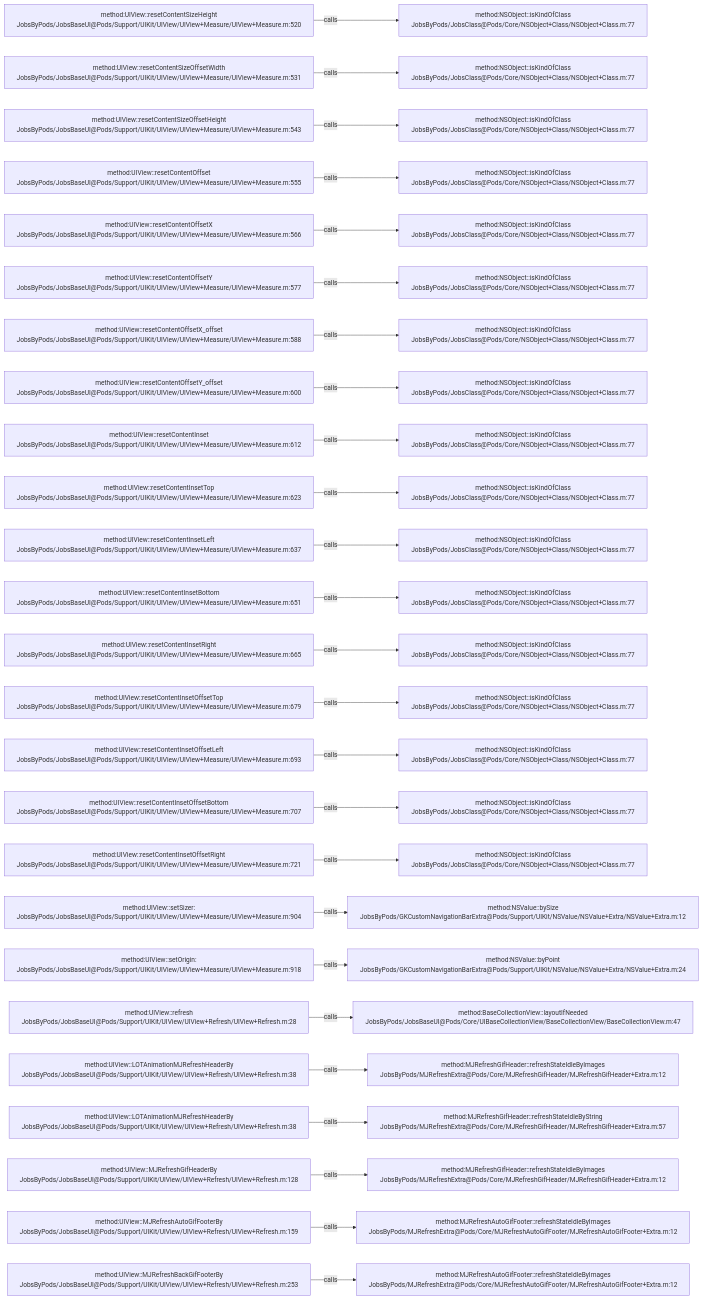
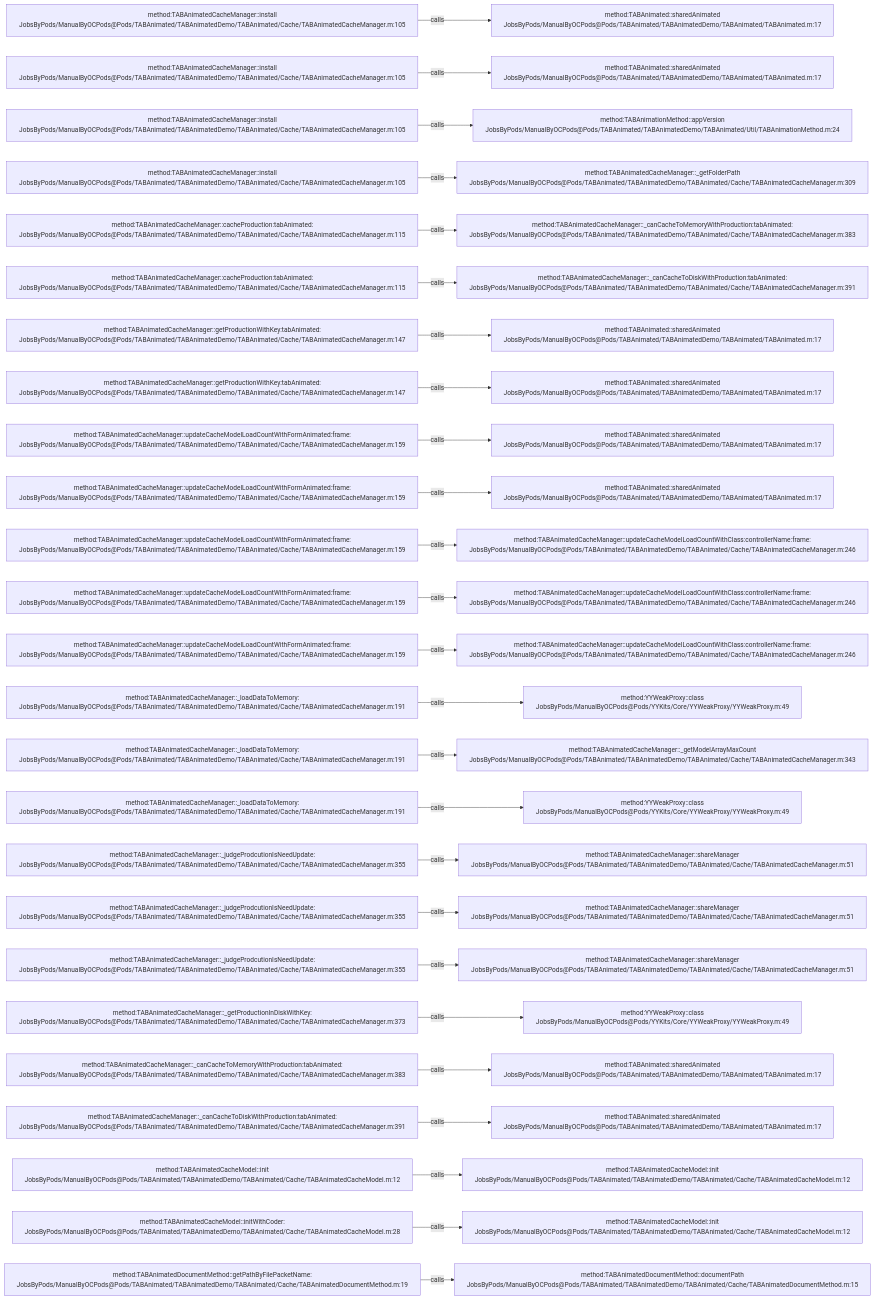
The diagram in .codegraph/codegraph.md/graphs/calls-028.md (JobsKits/JobsOCBaseConfigDemo), drawn with Mermaid before and after one commit. The commit also changed 2162 other files, not shown here.

````diff
--- a/.codegraph/codegraph.md/graphs/calls-028.md
+++ b/.codegraph/codegraph.md/graphs/calls-028.md
@@ -13,78 +13,78 @@
 ```mermaid
 flowchart LR
-  S1["method:UIView::resetContentSizeHeight<br/>JobsByPods/JobsBaseUI@Pods/Support/UIKit/UIView/UIView+Measure/UIView+Measure.m:520"]
-  T1["method:NSObject::isKindOfClass<br/>JobsByPods/JobsClass@Pods/Core/NSObject+Class/NSObject+Class.m:77"]
+  S1["method:TABAnimatedCacheManager::install<br/>JobsByPods/ManualByOCPods@Pods/TABAnimated/TABAnimatedDemo/TABAnimated/Cache/TABAnimatedCacheManager.m:105"]
+  T1["method:TABAnimated::sharedAnimated<br/>JobsByPods/ManualByOCPods@Pods/TABAnimated/TABAnimatedDemo/TABAnimated/TABAnimated.m:17"]
   S1 -->|calls| T1
-  S2["method:UIView::resetContentSizeOffsetWidth<br/>JobsByPods/JobsBaseUI@Pods/Support/UIKit/UIView/UIView+Measure/UIView+Measure.m:531"]
-  T2["method:NSObject::isKindOfClass<br/>JobsByPods/JobsClass@Pods/Core/NSObject+Class/NSObject+Class.m:77"]
+  S2["method:TABAnimatedCacheManager::install<br/>JobsByPods/ManualByOCPods@Pods/TABAnimated/TABAnimatedDemo/TABAnimated/Cache/TABAnimatedCacheManager.m:105"]
+  T2["method:TABAnimated::sharedAnimated<br/>JobsByPods/ManualByOCPods@Pods/TABAnimated/TABAnimatedDemo/TABAnimated/TABAnimated.m:17"]
   S2 -->|calls| T2
-  S3["method:UIView::resetContentSizeOffsetHeight<br/>JobsByPods/JobsBaseUI@Pods/Support/UIKit/UIView/UIView+Measure/UIView+Measure.m:543"]
-  T3["method:NSObject::isKindOfClass<br/>JobsByPods/JobsClass@Pods/Core/NSObject+Class/NSObject+Class.m:77"]
+  S3["method:TABAnimatedCacheManager::install<br/>JobsByPods/ManualByOCPods@Pods/TABAnimated/TABAnimatedDemo/TABAnimated/Cache/TABAnimatedCacheManager.m:105"]
+  T3["method:TABAnimationMethod::appVersion<br/>JobsByPods/ManualByOCPods@Pods/TABAnimated/TABAnimatedDemo/TABAnimated/Util/TABAnimationMethod.m:24"]
   S3 -->|calls| T3
-  S4["method:UIView::resetContentOffset<br/>JobsByPods/JobsBaseUI@Pods/Support/UIKit/UIView/UIView+Measure/UIView+Measure.m:555"]
-  T4["method:NSObject::isKindOfClass<br/>JobsByPods/JobsClass@Pods/Core/NSObject+Class/NSObject+Class.m:77"]
+  S4["method:TABAnimatedCacheManager::install<br/>JobsByPods/ManualByOCPods@Pods/TABAnimated/TABAnimatedDemo/TABAnimated/Cache/TABAnimatedCacheManager.m:105"]
+  T4["method:TABAnimatedCacheManager::_getFolderPath<br/>JobsByPods/ManualByOCPods@Pods/TABAnimated/TABAnimatedDemo/TABAnimated/Cache/TABAnimatedCacheManager.m:309"]
   S4 -->|calls| T4
-  S5["method:UIView::resetContentOffsetX<br/>JobsByPods/JobsBaseUI@Pods/Support/UIKit/UIView/UIView+Measure/UIView+Measure.m:566"]
-  T5["method:NSObject::isKindOfClass<br/>JobsByPods/JobsClass@Pods/Core/NSObject+Class/NSObject+Class.m:77"]
+  S5["method:TABAnimatedCacheManager::cacheProduction:tabAnimated:<br/>JobsByPods/ManualByOCPods@Pods/TABAnimated/TABAnimatedDemo/TABAnimated/Cache/TABAnimatedCacheManager.m:115"]
+  T5["method:TABAnimatedCacheManager::_canCacheToMemoryWithProduction:tabAnimated:<br/>JobsByPods/ManualByOCPods@Pods/TABAnimated/TABAnimatedDemo/TABAnimated/Cache/TABAnimatedCacheManager.m:383"]
   S5 -->|calls| T5
-  S6["method:UIView::resetContentOffsetY<br/>JobsByPods/JobsBaseUI@Pods/Support/UIKit/UIView/UIView+Measure/UIView+Measure.m:577"]
-  T6["method:NSObject::isKindOfClass<br/>JobsByPods/JobsClass@Pods/Core/NSObject+Class/NSObject+Class.m:77"]
+  S6["method:TABAnimatedCacheManager::cacheProduction:tabAnimated:<br/>JobsByPods/ManualByOCPods@Pods/TABAnimated/TABAnimatedDemo/TABAnimated/Cache/TABAnimatedCacheManager.m:115"]
+  T6["method:TABAnimatedCacheManager::_canCacheToDiskWithProduction:tabAnimated:<br/>JobsByPods/ManualByOCPods@Pods/TABAnimated/TABAnimatedDemo/TABAnimated/Cache/TABAnimatedCacheManager.m:391"]
   S6 -->|calls| T6
-  S7["method:UIView::resetContentOffsetX_offset<br/>JobsByPods/JobsBaseUI@Pods/Support/UIKit/UIView/UIView+Measure/UIView+Measure.m:588"]
-  T7["method:NSObject::isKindOfClass<br/>JobsByPods/JobsClass@Pods/Core/NSObject+Class/NSObject+Class.m:77"]
+  S7["method:TABAnimatedCacheManager::getProductionWithKey:tabAnimated:<br/>JobsByPods/ManualByOCPods@Pods/TABAnimated/TABAnimatedDemo/TABAnimated/Cache/TABAnimatedCacheManager.m:147"]
+  T7["method:TABAnimated::sharedAnimated<br/>JobsByPods/ManualByOCPods@Pods/TABAnimated/TABAnimatedDemo/TABAnimated/TABAnimated.m:17"]
   S7 -->|calls| T7
-  S8["method:UIView::resetContentOffsetY_offset<br/>JobsByPods/JobsBaseUI@Pods/Support/UIKit/UIView/UIView+Measure/UIView+Measure.m:600"]
-  T8["method:NSObject::isKindOfClass<br/>JobsByPods/JobsClass@Pods/Core/NSObject+Class/NSObject+Class.m:77"]
+  S8["method:TABAnimatedCacheManager::getProductionWithKey:tabAnimated:<br/>JobsByPods/ManualByOCPods@Pods/TABAnimated/TABAnimatedDemo/TABAnimated/Cache/TABAnimatedCacheManager.m:147"]
+  T8["method:TABAnimated::sharedAnimated<br/>JobsByPods/ManualByOCPods@Pods/TABAnimated/TABAnimatedDemo/TABAnimated/TABAnimated.m:17"]
   S8 -->|calls| T8
-  S9["method:UIView::resetContentInset<br/>JobsByPods/JobsBaseUI@Pods/Support/UIKit/UIView/UIView+Measure/UIView+Measure.m:612"]
-  T9["method:NSObject::isKindOfClass<br/>JobsByPods/JobsClass@Pods/Core/NSObject+Class/NSObject+Class.m:77"]
+  S9["method:TABAnimatedCacheManager::updateCacheModelLoadCountWithFormAnimated:frame:<br/>JobsByPods/ManualByOCPods@Pods/TABAnimated/TABAnimatedDemo/TABAnimated/Cache/TABAnimatedCacheManager.m:159"]
+  T9["method:TABAnimated::sharedAnimated<br/>JobsByPods/ManualByOCPods@Pods/TABAnimated/TABAnimatedDemo/TABAnimated/TABAnimated.m:17"]
   S9 -->|calls| T9
-  S10["method:UIView::resetContentInsetTop<br/>JobsByPods/JobsBaseUI@Pods/Support/UIKit/UIView/UIView+Measure/UIView+Measure.m:623"]
-  T10["method:NSObject::isKindOfClass<br/>JobsByPods/JobsClass@Pods/Core/NSObject+Class/NSObject+Class.m:77"]
+  S10["method:TABAnimatedCacheManager::updateCacheModelLoadCountWithFormAnimated:frame:<br/>JobsByPods/ManualByOCPods@Pods/TABAnimated/TABAnimatedDemo/TABAnimated/Cache/TABAnimatedCacheManager.m:159"]
+  T10["method:TABAnimated::sharedAnimated<br/>JobsByPods/ManualByOCPods@Pods/TABAnimated/TABAnimatedDemo/TABAnimated/TABAnimated.m:17"]
   S10 -->|calls| T10
-  S11["method:UIView::resetContentInsetLeft<br/>JobsByPods/JobsBaseUI@Pods/Support/UIKit/UIView/UIView+Measure/UIView+Measure.m:637"]
-  T11["method:NSObject::isKindOfClass<br/>JobsByPods/JobsClass@Pods/Core/NSObject+Class/NSObject+Class.m:77"]
+  S11["method:TABAnimatedCacheManager::updateCacheModelLoadCountWithFormAnimated:frame:<br/>JobsByPods/ManualByOCPods@Pods/TABAnimated/TABAnimatedDemo/TABAnimated/Cache/TABAnimatedCacheManager.m:159"]
+  T11["method:TABAnimatedCacheManager::updateCacheModelLoadCountWithClass:controllerName:frame:<br/>JobsByPods/ManualByOCPods@Pods/TABAnimated/TABAnimatedDemo/TABAnimated/Cache/TABAnimatedCacheManager.m:246"]
   S11 -->|calls| T11
-  S12["method:UIView::resetContentInsetBottom<br/>JobsByPods/JobsBaseUI@Pods/Support/UIKit/UIView/UIView+Measure/UIView+Measure.m:651"]
-  T12["method:NSObject::isKindOfClass<br/>JobsByPods/JobsClass@Pods/Core/NSObject+Class/NSObject+Class.m:77"]
+  S12["method:TABAnimatedCacheManager::updateCacheModelLoadCountWithFormAnimated:frame:<br/>JobsByPods/ManualByOCPods@Pods/TABAnimated/TABAnimatedDemo/TABAnimated/Cache/TABAnimatedCacheManager.m:159"]
+  T12["method:TABAnimatedCacheManager::updateCacheModelLoadCountWithClass:controllerName:frame:<br/>JobsByPods/ManualByOCPods@Pods/TABAnimated/TABAnimatedDemo/TABAnimated/Cache/TABAnimatedCacheManager.m:246"]
   S12 -->|calls| T12
-  S13["method:UIView::resetContentInsetRight<br/>JobsByPods/JobsBaseUI@Pods/Support/UIKit/UIView/UIView+Measure/UIView+Measure.m:665"]
-  T13["method:NSObject::isKindOfClass<br/>JobsByPods/JobsClass@Pods/Core/NSObject+Class/NSObject+Class.m:77"]
+  S13["method:TABAnimatedCacheManager::updateCacheModelLoadCountWithFormAnimated:frame:<br/>JobsByPods/ManualByOCPods@Pods/TABAnimated/TABAnimatedDemo/TABAnimated/Cache/TABAnimatedCacheManager.m:159"]
+  T13["method:TABAnimatedCacheManager::updateCacheModelLoadCountWithClass:controllerName:frame:<br/>JobsByPods/ManualByOCPods@Pods/TABAnimated/TABAnimatedDemo/TABAnimated/Cache/TABAnimatedCacheManager.m:246"]
   S13 -->|calls| T13
-  S14["method:UIView::resetContentInsetOffsetTop<br/>JobsByPods/JobsBaseUI@Pods/Support/UIKit/UIView/UIView+Measure/UIView+Measure.m:679"]
-  T14["method:NSObject::isKindOfClass<br/>JobsByPods/JobsClass@Pods/Core/NSObject+Class/NSObject+Class.m:77"]
+  S14["method:TABAnimatedCacheManager::_loadDataToMemory:<br/>JobsByPods/ManualByOCPods@Pods/TABAnimated/TABAnimatedDemo/TABAnimated/Cache/TABAnimatedCacheManager.m:191"]
+  T14["method:YYWeakProxy::class<br/>JobsByPods/ManualByOCPods@Pods/YYKits/Core/YYWeakProxy/YYWeakProxy.m:49"]
   S14 -->|calls| T14
-  S15["method:UIView::resetContentInsetOffsetLeft<br/>JobsByPods/JobsBaseUI@Pods/Support/UIKit/UIView/UIView+Measure/UIView+Measure.m:693"]
-  T15["method:NSObject::isKindOfClass<br/>JobsByPods/JobsClass@Pods/Core/NSObject+Class/NSObject+Class.m:77"]
+  S15["method:TABAnimatedCacheManager::_loadDataToMemory:<br/>JobsByPods/ManualByOCPods@Pods/TABAnimated/TABAnimatedDemo/TABAnimated/Cache/TABAnimatedCacheManager.m:191"]
+  T15["method:TABAnimatedCacheManager::_getModelArrayMaxCount<br/>JobsByPods/ManualByOCPods@Pods/TABAnimated/TABAnimatedDemo/TABAnimated/Cache/TABAnimatedCacheManager.m:343"]
   S15 -->|calls| T15
-  S16["method:UIView::resetContentInsetOffsetBottom<br/>JobsByPods/JobsBaseUI@Pods/Support/UIKit/UIView/UIView+Measure/UIView+Measure.m:707"]
-  T16["method:NSObject::isKindOfClass<br/>JobsByPods/JobsClass@Pods/Core/NSObject+Class/NSObject+Class.m:77"]
+  S16["method:TABAnimatedCacheManager::_loadDataToMemory:<br/>JobsByPods/ManualByOCPods@Pods/TABAnimated/TABAnimatedDemo/TABAnimated/Cache/TABAnimatedCacheManager.m:191"]
+  T16["method:YYWeakProxy::class<br/>JobsByPods/ManualByOCPods@Pods/YYKits/Core/YYWeakProxy/YYWeakProxy.m:49"]
   S16 -->|calls| T16
-  S17["method:UIView::resetContentInsetOffsetRight<br/>JobsByPods/JobsBaseUI@Pods/Support/UIKit/UIView/UIView+Measure/UIView+Measure.m:721"]
-  T17["method:NSObject::isKindOfClass<br/>JobsByPods/JobsClass@Pods/Core/NSObject+Class/NSObject+Class.m:77"]
+  S17["method:TABAnimatedCacheManager::_judgeProdcutionIsNeedUpdate:<br/>JobsByPods/ManualByOCPods@Pods/TABAnimated/TABAnimatedDemo/TABAnimated/Cache/TABAnimatedCacheManager.m:355"]
+  T17["method:TABAnimatedCacheManager::shareManager<br/>JobsByPods/ManualByOCPods@Pods/TABAnimated/TABAnimatedDemo/TABAnimated/Cache/TABAnimatedCacheManager.m:51"]
   S17 -->|calls| T17
-  S18["method:UIView::setSizer:<br/>JobsByPods/JobsBaseUI@Pods/Support/UIKit/UIView/UIView+Measure/UIView+Measure.m:904"]
-  T18["method:NSValue::bySize<br/>JobsByPods/GKCustomNavigationBarExtra@Pods/Support/UIKit/NSValue/NSValue+Extra/NSValue+Extra.m:12"]
+  S18["method:TABAnimatedCacheManager::_judgeProdcutionIsNeedUpdate:<br/>JobsByPods/ManualByOCPods@Pods/TABAnimated/TABAnimatedDemo/TABAnimated/Cache/TABAnimatedCacheManager.m:355"]
+  T18["method:TABAnimatedCacheManager::shareManager<br/>JobsByPods/ManualByOCPods@Pods/TABAnimated/TABAnimatedDemo/TABAnimated/Cache/TABAnimatedCacheManager.m:51"]
   S18 -->|calls| T18
-  S19["method:UIView::setOrigin:<br/>JobsByPods/JobsBaseUI@Pods/Support/UIKit/UIView/UIView+Measure/UIView+Measure.m:918"]
-  T19["method:NSValue::byPoint<br/>JobsByPods/GKCustomNavigationBarExtra@Pods/Support/UIKit/NSValue/NSValue+Extra/NSValue+Extra.m:24"]
+  S19["method:TABAnimatedCacheManager::_judgeProdcutionIsNeedUpdate:<br/>JobsByPods/ManualByOCPods@Pods/TABAnimated/TABAnimatedDemo/TABAnimated/Cache/TABAnimatedCacheManager.m:355"]
+  T19["method:TABAnimatedCacheManager::shareManager<br/>JobsByPods/ManualByOCPods@Pods/TABAnimated/TABAnimatedDemo/TABAnimated/Cache/TABAnimatedCacheManager.m:51"]
   S19 -->|calls| T19
-  S20["method:UIView::refresh<br/>JobsByPods/JobsBaseUI@Pods/Support/UIKit/UIView/UIView+Refresh/UIView+Refresh.m:28"]
-  T20["method:BaseCollectionView::layoutIfNeeded<br/>JobsByPods/JobsBaseUI@Pods/Core/UIBaseCollectionView/BaseCollectionView/BaseCollectionView.m:47"]
+  S20["method:TABAnimatedCacheManager::_getProductionInDiskWithKey:<br/>JobsByPods/ManualByOCPods@Pods/TABAnimated/TABAnimatedDemo/TABAnimated/Cache/TABAnimatedCacheManager.m:373"]
+  T20["method:YYWeakProxy::class<br/>JobsByPods/ManualByOCPods@Pods/YYKits/Core/YYWeakProxy/YYWeakProxy.m:49"]
   S20 -->|calls| T20
-  S21["method:UIView::LOTAnimationMJRefreshHeaderBy<br/>JobsByPods/JobsBaseUI@Pods/Support/UIKit/UIView/UIView+Refresh/UIView+Refresh.m:38"]
-  T21["method:MJRefreshGifHeader::refreshStateIdleByImages<br/>JobsByPods/MJRefreshExtra@Pods/Core/MJRefreshGifHeader/MJRefreshGifHeader+Extra.m:12"]
+  S21["method:TABAnimatedCacheManager::_canCacheToMemoryWithProduction:tabAnimated:<br/>JobsByPods/ManualByOCPods@Pods/TABAnimated/TABAnimatedDemo/TABAnimated/Cache/TABAnimatedCacheManager.m:383"]
+  T21["method:TABAnimated::sharedAnimated<br/>JobsByPods/ManualByOCPods@Pods/TABAnimated/TABAnimatedDemo/TABAnimated/TABAnimated.m:17"]
   S21 -->|calls| T21
-  S22["method:UIView::LOTAnimationMJRefreshHeaderBy<br/>JobsByPods/JobsBaseUI@Pods/Support/UIKit/UIView/UIView+Refresh/UIView+Refresh.m:38"]
-  T22["method:MJRefreshGifHeader::refreshStateIdleByString<br/>JobsByPods/MJRefreshExtra@Pods/Core/MJRefreshGifHeader/MJRefreshGifHeader+Extra.m:57"]
+  S22["method:TABAnimatedCacheManager::_canCacheToDiskWithProduction:tabAnimated:<br/>JobsByPods/ManualByOCPods@Pods/TABAnimated/TABAnimatedDemo/TABAnimated/Cache/TABAnimatedCacheManager.m:391"]
+  T22["method:TABAnimated::sharedAnimated<br/>JobsByPods/ManualByOCPods@Pods/TABAnimated/TABAnimatedDemo/TABAnimated/TABAnimated.m:17"]
   S22 -->|calls| T22
-  S23["method:UIView::MJRefreshGifHeaderBy<br/>JobsByPods/JobsBaseUI@Pods/Support/UIKit/UIView/UIView+Refresh/UIView+Refresh.m:128"]
-  T23["method:MJRefreshGifHeader::refreshStateIdleByImages<br/>JobsByPods/MJRefreshExtra@Pods/Core/MJRefreshGifHeader/MJRefreshGifHeader+Extra.m:12"]
+  S23["method:TABAnimatedCacheModel::init<br/>JobsByPods/ManualByOCPods@Pods/TABAnimated/TABAnimatedDemo/TABAnimated/Cache/TABAnimatedCacheModel.m:12"]
+  T23["method:TABAnimatedCacheModel::init<br/>JobsByPods/ManualByOCPods@Pods/TABAnimated/TABAnimatedDemo/TABAnimated/Cache/TABAnimatedCacheModel.m:12"]
   S23 -->|calls| T23
-  S24["method:UIView::MJRefreshAutoGifFooterBy<br/>JobsByPods/JobsBaseUI@Pods/Support/UIKit/UIView/UIView+Refresh/UIView+Refresh.m:159"]
-  T24["method:MJRefreshAutoGifFooter::refreshStateIdleByImages<br/>JobsByPods/MJRefreshExtra@Pods/Core/MJRefreshAutoGifFooter/MJRefreshAutoGifFooter+Extra.m:12"]
+  S24["method:TABAnimatedCacheModel::initWithCoder:<br/>JobsByPods/ManualByOCPods@Pods/TABAnimated/TABAnimatedDemo/TABAnimated/Cache/TABAnimatedCacheModel.m:28"]
+  T24["method:TABAnimatedCacheModel::init<br/>JobsByPods/ManualByOCPods@Pods/TABAnimated/TABAnimatedDemo/TABAnimated/Cache/TABAnimatedCacheModel.m:12"]
   S24 -->|calls| T24
-  S25["method:UIView::MJRefreshBackGifFooterBy<br/>JobsByPods/JobsBaseUI@Pods/Support/UIKit/UIView/UIView+Refresh/UIView+Refresh.m:253"]
-  T25["method:MJRefreshAutoGifFooter::refreshStateIdleByImages<br/>JobsByPods/MJRefreshExtra@Pods/Core/MJRefreshAutoGifFooter/MJRefreshAutoGifFooter+Extra.m:12"]
+  S25["method:TABAnimatedDocumentMethod::getPathByFilePacketName:<br/>JobsByPods/ManualByOCPods@Pods/TABAnimated/TABAnimatedDemo/TABAnimated/Cache/TABAnimatedDocumentMethod.m:19"]
+  T25["method:TABAnimatedDocumentMethod::documentPath<br/>JobsByPods/ManualByOCPods@Pods/TABAnimated/TABAnimatedDemo/TABAnimated/Cache/TABAnimatedDocumentMethod.m:15"]
   S25 -->|calls| T25
 ```
````
